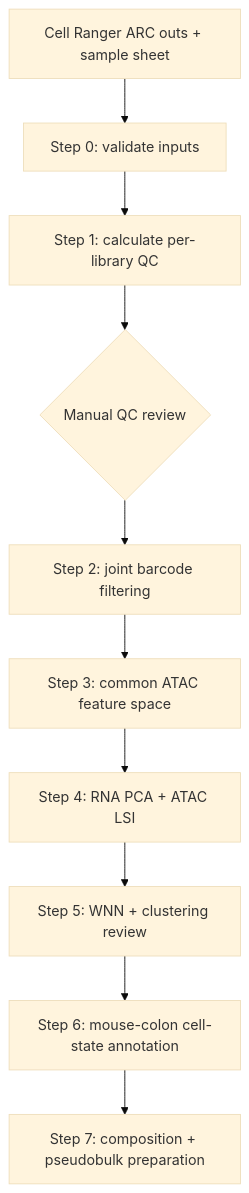
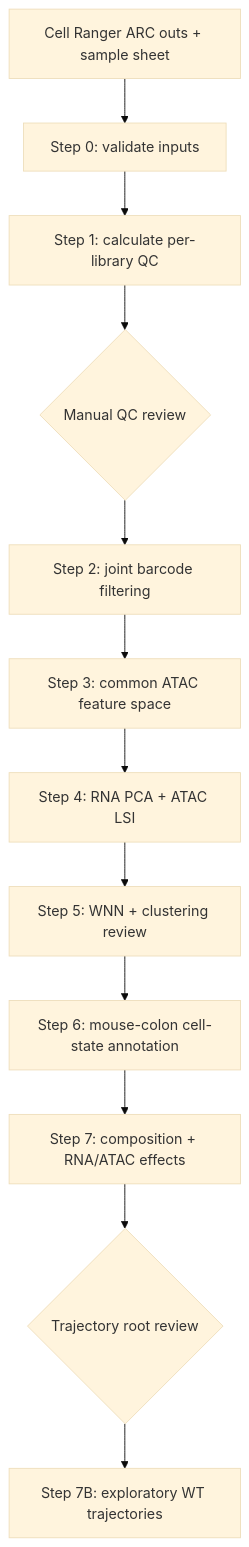
The diagram in docs/WORKFLOW_AND_CHECKPOINTS.md (ziasimermod/multiome_scRNA-ATAC), drawn with Mermaid (base theme) before and after one commit. The commit also changed other lines of this file and 1 other file, not shown here.

Commit message:
Document WT Step 07 workflow and checkpoints

````diff
--- a/docs/WORKFLOW_AND_CHECKPOINTS.md
+++ b/docs/WORKFLOW_AND_CHECKPOINTS.md
@@ -5,12 +5,14 @@
 ```mermaid
 flowchart TD
     A["Cell Ranger ARC outs + sample sheet"] --> B["Step 0: validate inputs"]
     B --> C["Step 1: calculate per-library QC"]
     C --> D{"Manual QC review"}
     D --> E["Step 2: joint barcode filtering"]
     E --> F["Step 3: common ATAC feature space"]
     F --> G["Step 4: RNA PCA + ATAC LSI"]
     G --> H["Step 5: WNN + clustering review"]
     H --> I["Step 6: mouse-colon cell-state annotation"]
-    I --> J["Step 7: composition + pseudobulk preparation"]
+    I --> J["Step 7: composition + RNA/ATAC effects"]
+    J --> K{"Trajectory root review"}
+    K --> L["Step 7B: exploratory WT trajectories"]
 ```
````
